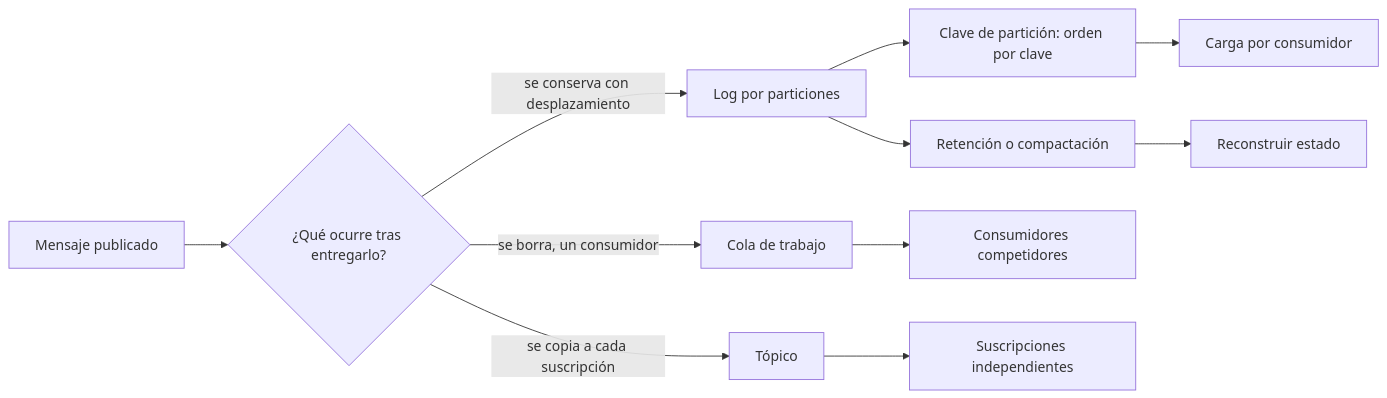
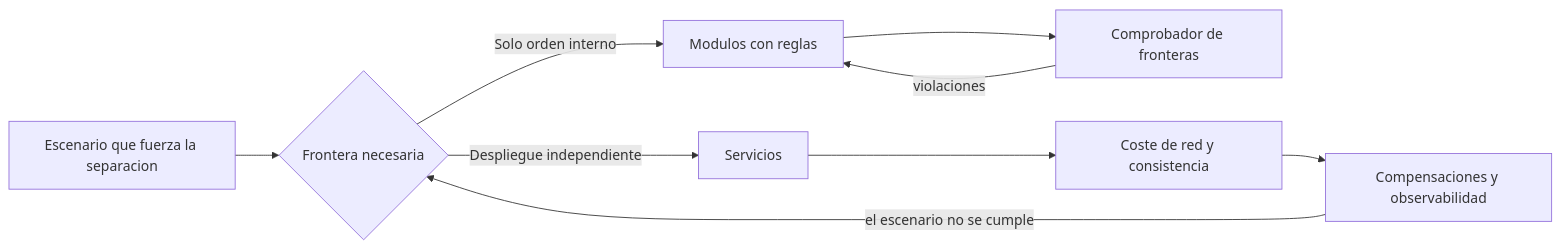
The diagram in content/part-27/SE-327.md (vladimiracunadev-create/modern-software-engineering-program), drawn with Mermaid before and after one commit. The commit also changed other lines of this file and 5193 other files, not shown here.

````diff
--- a/content/part-27/SE-327.md
+++ b/content/part-27/SE-327.md
@@ -55,13 +54,11 @@
 ```mermaid
 flowchart LR
-    A[Mensaje publicado] --> B{¿Qué ocurre tras entregarlo?}
-    B -->|se borra, un consumidor| C[Cola de trabajo]
-    B -->|se copia a cada suscripción| D[Tópico]
-    B -->|se conserva con desplazamiento| E[Log por particiones]
-    E --> F[Clave de partición: orden por clave]
-    E --> G[Retención o compactación]
-    C --> H[Consumidores competidores]
-    D --> I[Suscripciones independientes]
-    F --> J[Carga por consumidor]
-    G --> K[Reconstruir estado]
+    A[Escenario que fuerza la separacion] --> B{Frontera necesaria}
+    B -->|Solo orden interno| C[Modulos con reglas]
+    B -->|Despliegue independiente| D[Servicios]
+    C --> E[Comprobador de fronteras]
+    D --> F[Coste de red y consistencia]
+    F --> G[Compensaciones y observabilidad]
+    E -->|violaciones| C
+    G -->|el escenario no se cumple| B
 ```
````
